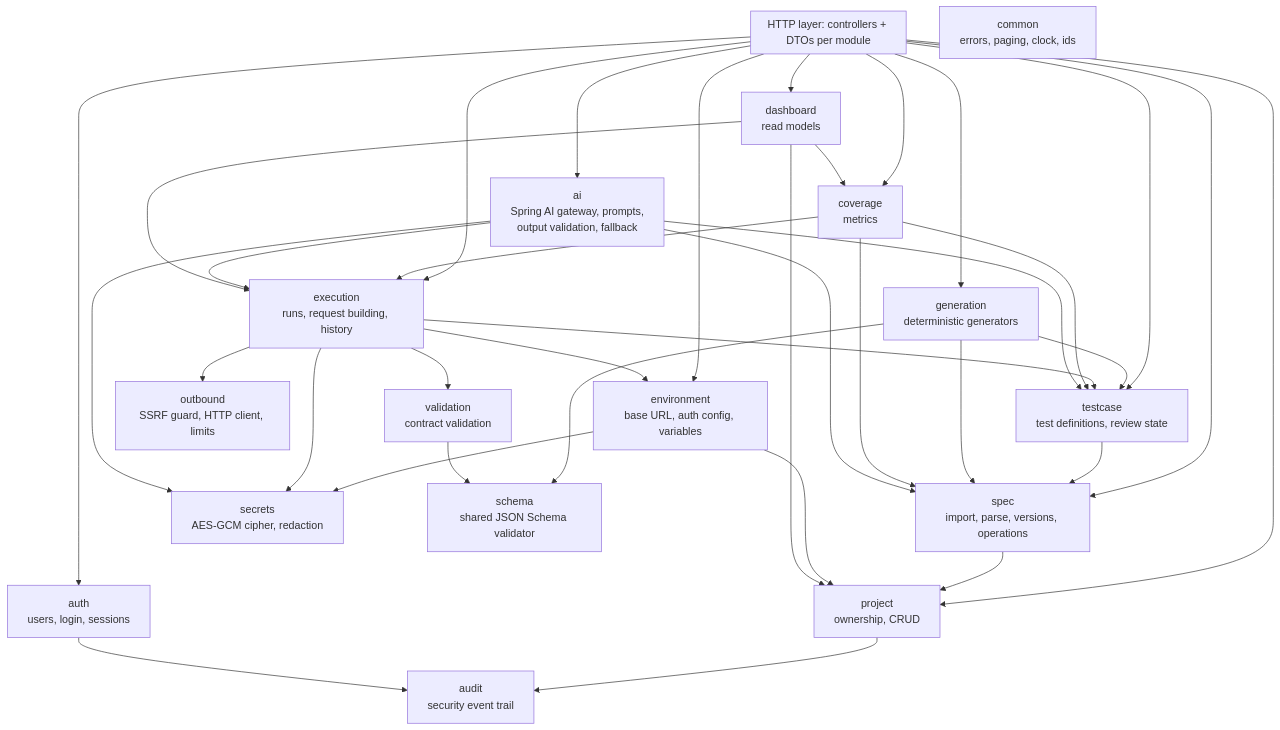
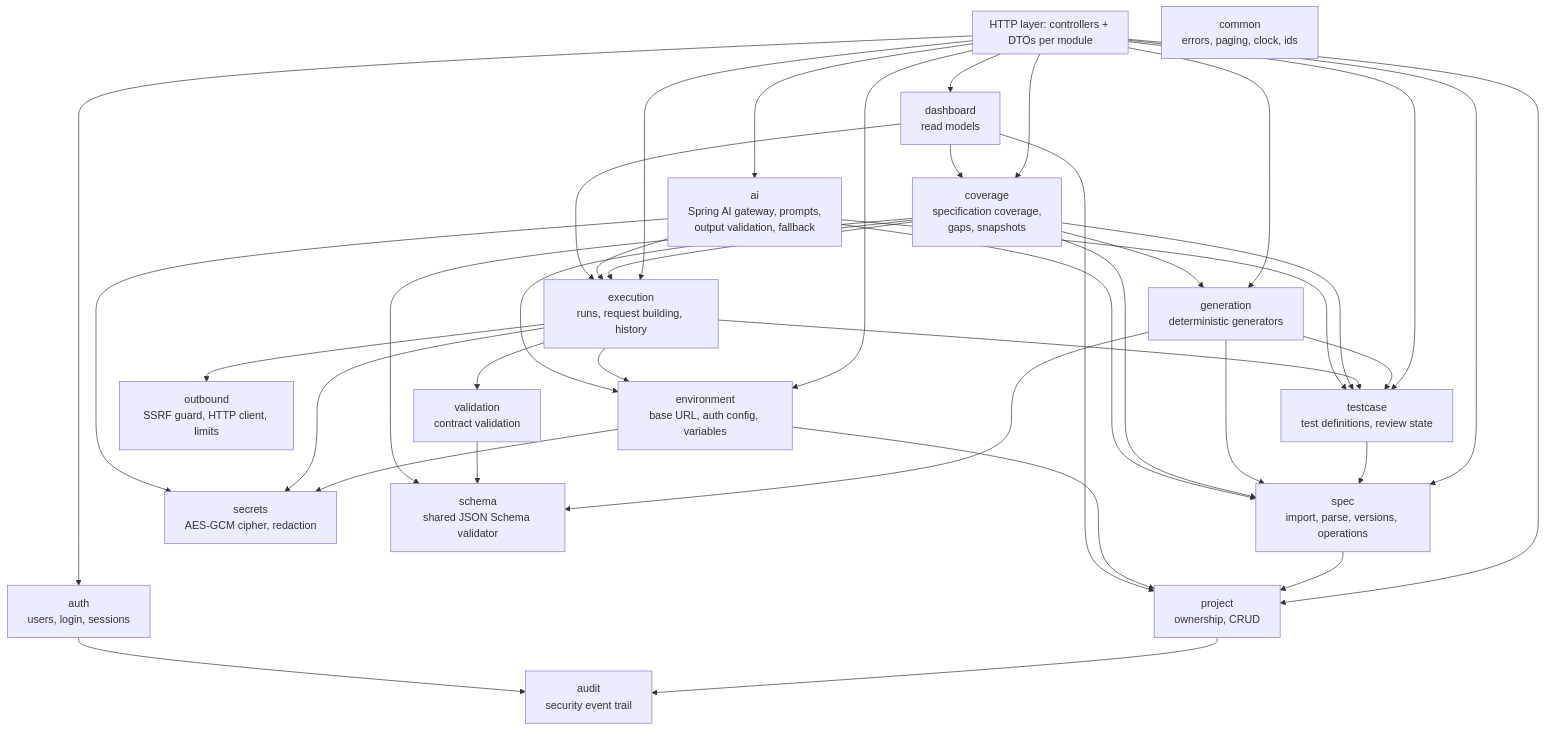
The second of 5 diagrams in docs/ARCHITECTURE.md (alifsafiuddin/APIForge), drawn with Mermaid before and after one commit. The commit also changed other lines of this file and 42 other files, not shown here.

````diff
--- a/docs/ARCHITECTURE.md
+++ b/docs/ARCHITECTURE.md
@@ -58,34 +58,34 @@
 ```mermaid
 flowchart TB
     subgraph web[HTTP layer: controllers + DTOs per module]
     end
     auth[auth<br/>users, login, sessions]
     audit[audit<br/>security event trail]
     project[project<br/>ownership, CRUD]
     spec[spec<br/>import, parse, versions, operations]
     env[environment<br/>base URL, auth config, variables]
     secrets[secrets<br/>AES-GCM cipher, redaction]
     testcase[testcase<br/>test definitions, review state]
     gen[generation<br/>deterministic generators]
     exec[execution<br/>runs, request building, history]
     outbound[outbound<br/>SSRF guard, HTTP client, limits]
     validation[validation<br/>contract validation]
     schema[schema<br/>shared JSON Schema validator]
-    coverage[coverage<br/>metrics]
+    coverage[coverage<br/>specification coverage,<br/>gaps, snapshots]
     ai[ai<br/>Spring AI gateway, prompts,<br/>output validation, fallback]
     dashboard[dashboard<br/>read models]
     common[common<br/>errors, paging, clock, ids]
 
     web --> auth & project & spec & env & testcase & gen & exec & coverage & ai & dashboard
     project --> audit
     auth --> audit
     spec --> project
     env --> project & secrets
     testcase --> spec
     gen --> spec & testcase & schema
     exec --> env & testcase & outbound & validation & secrets
     validation --> schema
-    coverage --> spec & testcase & exec
+    coverage --> spec & testcase & exec & gen & schema & env
     ai --> spec & testcase & exec & secrets
     dashboard --> project & exec & coverage
 ```
````
